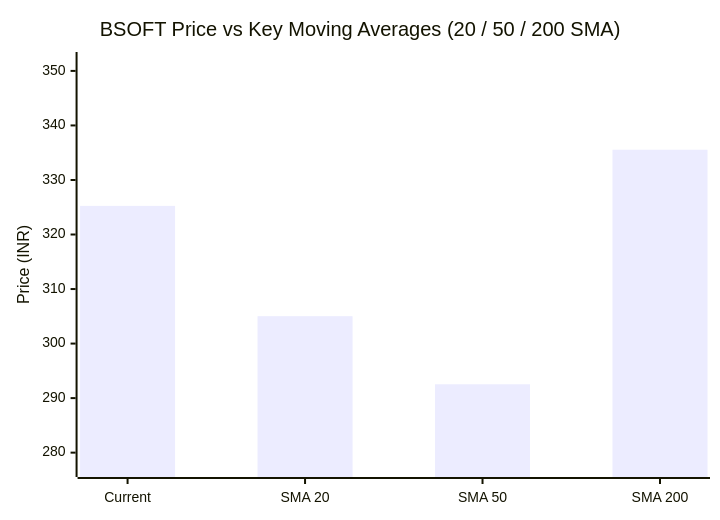
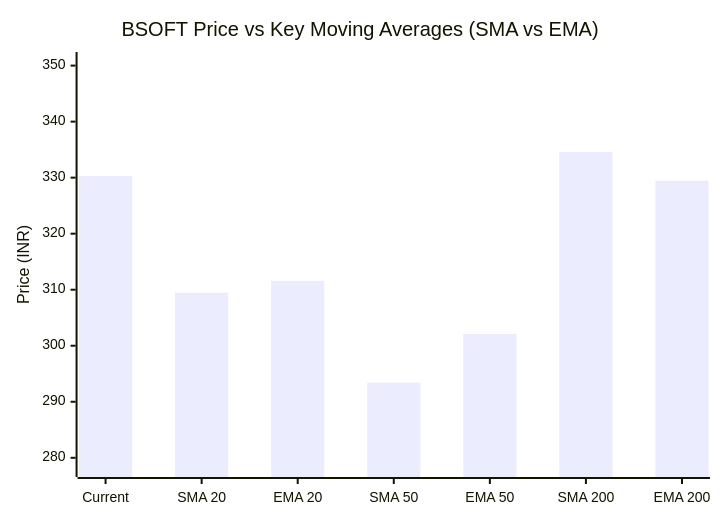
One commit to purnareddy9/dev changed the third of 3 diagrams in market-intelligence/stocks/BSOFT/README.md. Above: the diagram before and after it, drawn with Mermaid. The commit also changed other lines of this file and 4 other files, not shown here.

````diff
--- a/market-intelligence/stocks/BSOFT/README.md
+++ b/market-intelligence/stocks/BSOFT/README.md
@@ -52,7 +74,7 @@
 ```mermaid
 xychart-beta
-    title "BSOFT Price vs Key Moving Averages (20 / 50 / 200 SMA)"
-    x-axis ["Current", "SMA 20", "SMA 50", "SMA 200"]
-    y-axis "Price (INR)" 277 --> 352
-    bar [325.25, 305.02, 292.54, 335.55]
+    title "BSOFT Price vs Key Moving Averages (SMA vs EMA)"
+    x-axis ["Current", "SMA 20", "EMA 20", "SMA 50", "EMA 50", "SMA 200", "EMA 200"]
+    y-axis "Price (INR)" 278 --> 351
+    bar [330.3, 309.47, 311.59, 293.42, 302.09, 334.59, 329.46]
 ```
````
